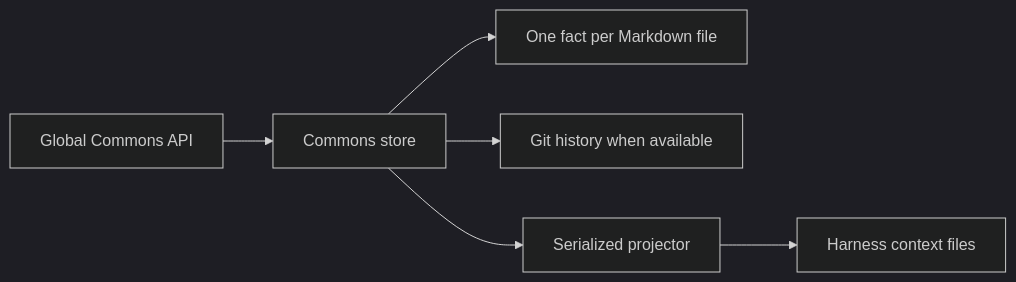
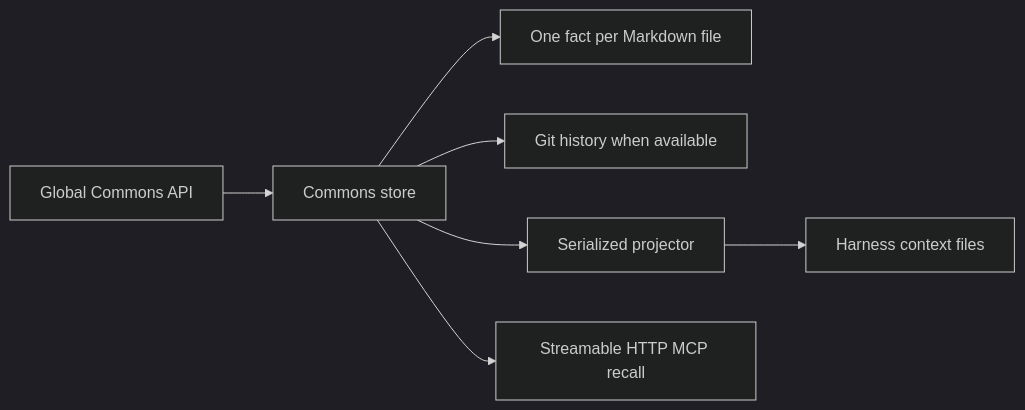
One commit to npyrz/Cuesheet changed the first of 4 diagrams in docs/system-design/commons-and-projections.md. Above: the diagram before and after it, drawn with Mermaid (dark theme). The commit also changed other lines of this file and 19 other files, not shown here.

First line of the commit message:
Add Commons MCP recall and connectors

````diff
--- a/docs/system-design/commons-and-projections.md
+++ b/docs/system-design/commons-and-projections.md
@@ -9,15 +9,17 @@
 ```mermaid
 flowchart LR
     API[Global Commons API]
     Store[Commons store]
     Fact[One fact per Markdown file]
     Git[Git history when available]
     Projector[Serialized projector]
     Context[Harness context files]
+    MCP[Streamable HTTP MCP recall]
 
     API --> Store
     Store --> Fact
     Store --> Git
     Store --> Projector
     Projector --> Context
+    Store --> MCP
 ```
````
